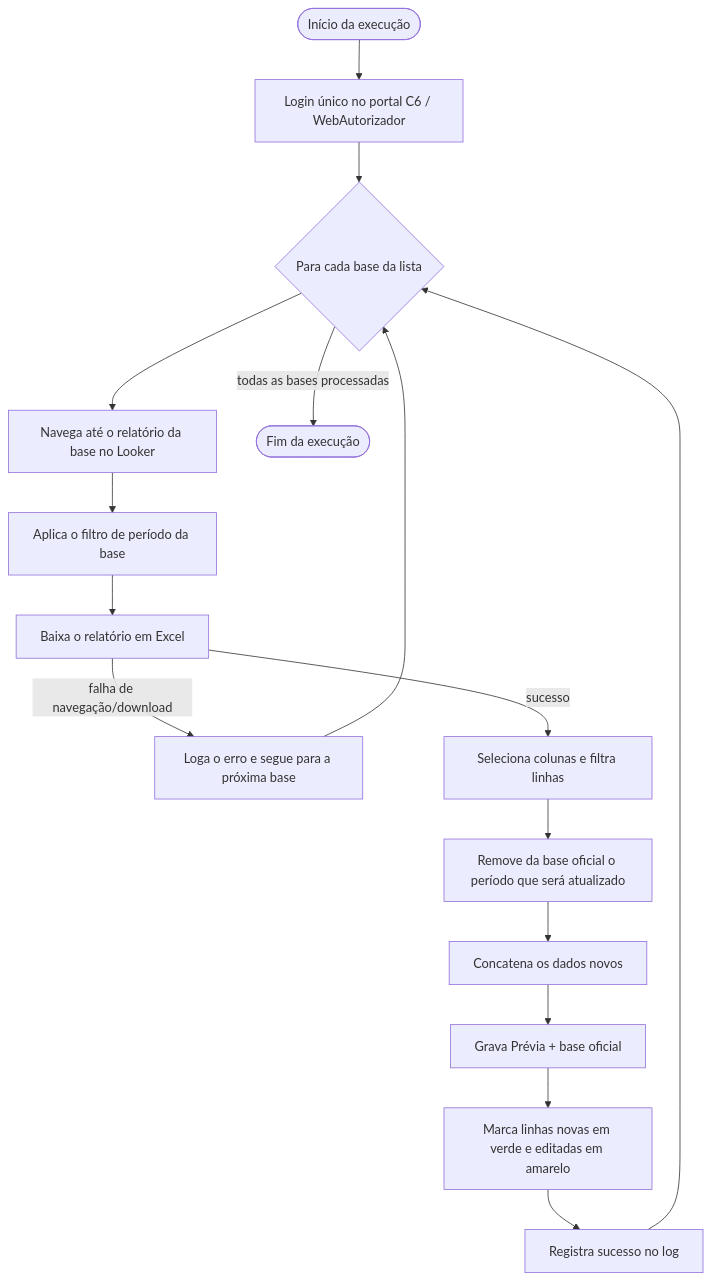
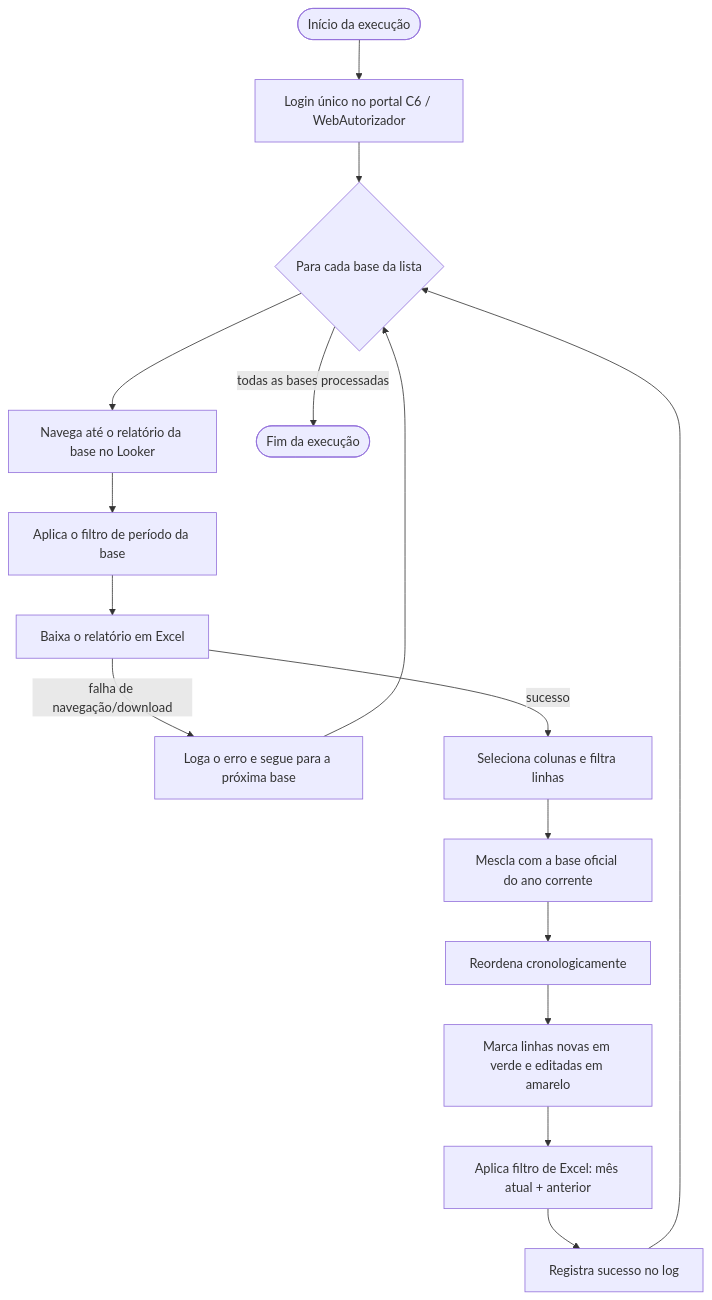
The third of 3 diagrams in README.md (LeoUnica/RPA_c6_veiculos), drawn with Mermaid before and after one commit. The commit also changed other lines of this file and 5 other files, not shown here.

````diff
--- a/README.md
+++ b/README.md
@@ -78,18 +142,18 @@
 ```mermaid
 flowchart TD
     A([Início da execução]) --> B[Login único no portal C6 / WebAutorizador]
     B --> C{Para cada base da lista}
     C --> D[Navega até o relatório da base no Looker]
     D --> E[Aplica o filtro de período da base]
     E --> F[Baixa o relatório em Excel]
     F -->|falha de navegação/download| G[Loga o erro e segue para a próxima base]
     F -->|sucesso| H[Seleciona colunas e filtra linhas]
-    H --> I[Remove da base oficial o período que será atualizado]
-    I --> J[Concatena os dados novos]
-    J --> K[Grava Prévia + base oficial]
-    K --> L[Marca linhas novas em verde e editadas em amarelo]
+    H --> I[Mescla com a base oficial do ano corrente]
+    I --> J[Reordena cronologicamente]
+    J --> K[Marca linhas novas em verde e editadas em amarelo]
+    K --> L[Aplica filtro de Excel: mês atual + anterior]
     L --> M[Registra sucesso no log]
     G --> C
     M --> C
     C -->|todas as bases processadas| N([Fim da execução])
 ```
````
